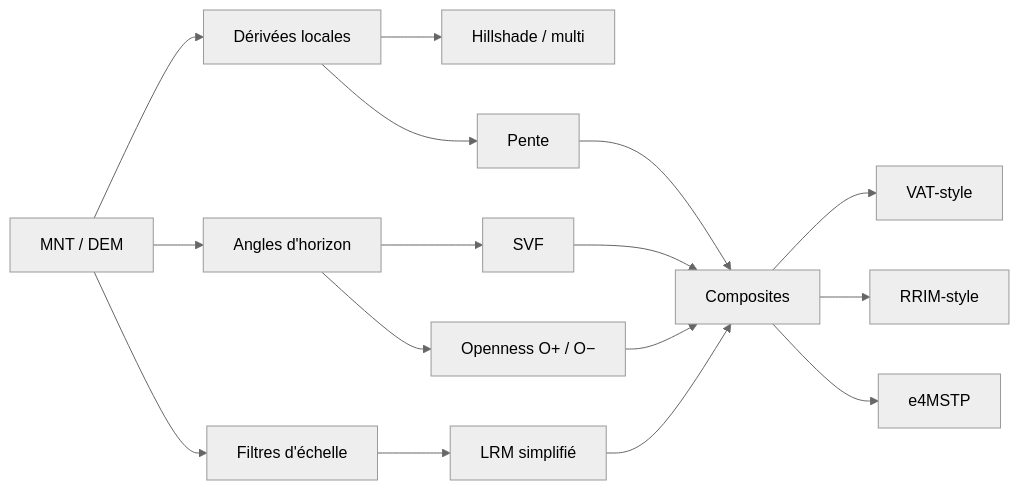
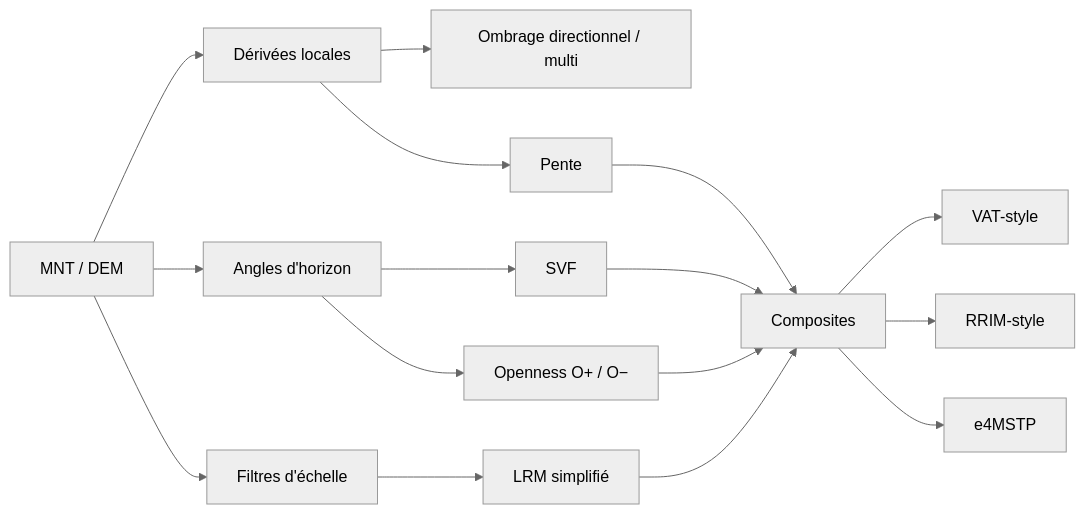
Before and after one commit to nico579/lidar2map: the second of 5 diagrams in docs/shadings.fr.md, drawn with Mermaid (neutral theme). The commit also changed other lines of this file, not shown here.

````diff
--- a/docs/shadings.fr.md
+++ b/docs/shadings.fr.md
@@ -57,18 +57,18 @@
 ```mermaid
 flowchart LR
     DEM[MNT / DEM] --> D1[Dérivées locales]
     DEM --> H[Angles d'horizon]
     DEM --> F[Filtres d'échelle]
-    D1 --> HS[Hillshade / multi]
+    D1 --> HS[Ombrage directionnel / multi]
     D1 --> SL[Pente]
     H --> SVF[SVF]
     H --> OP[Openness O+ / O−]
     F --> LRM[LRM simplifié]
     SL --> C[Composites]
     SVF --> C
     OP --> C
     LRM --> C
     C --> VAT[VAT-style]
     C --> RRIM[RRIM-style]
     C --> E4[e4MSTP]
 ```
````
